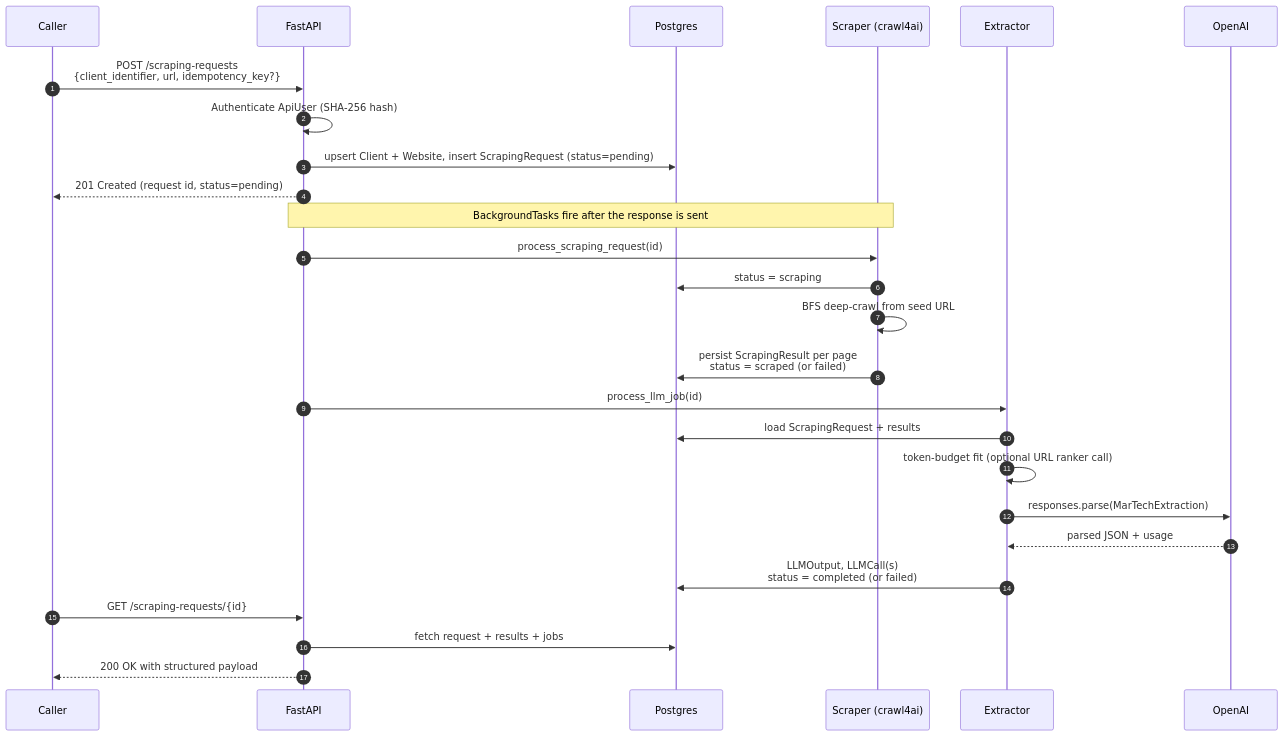
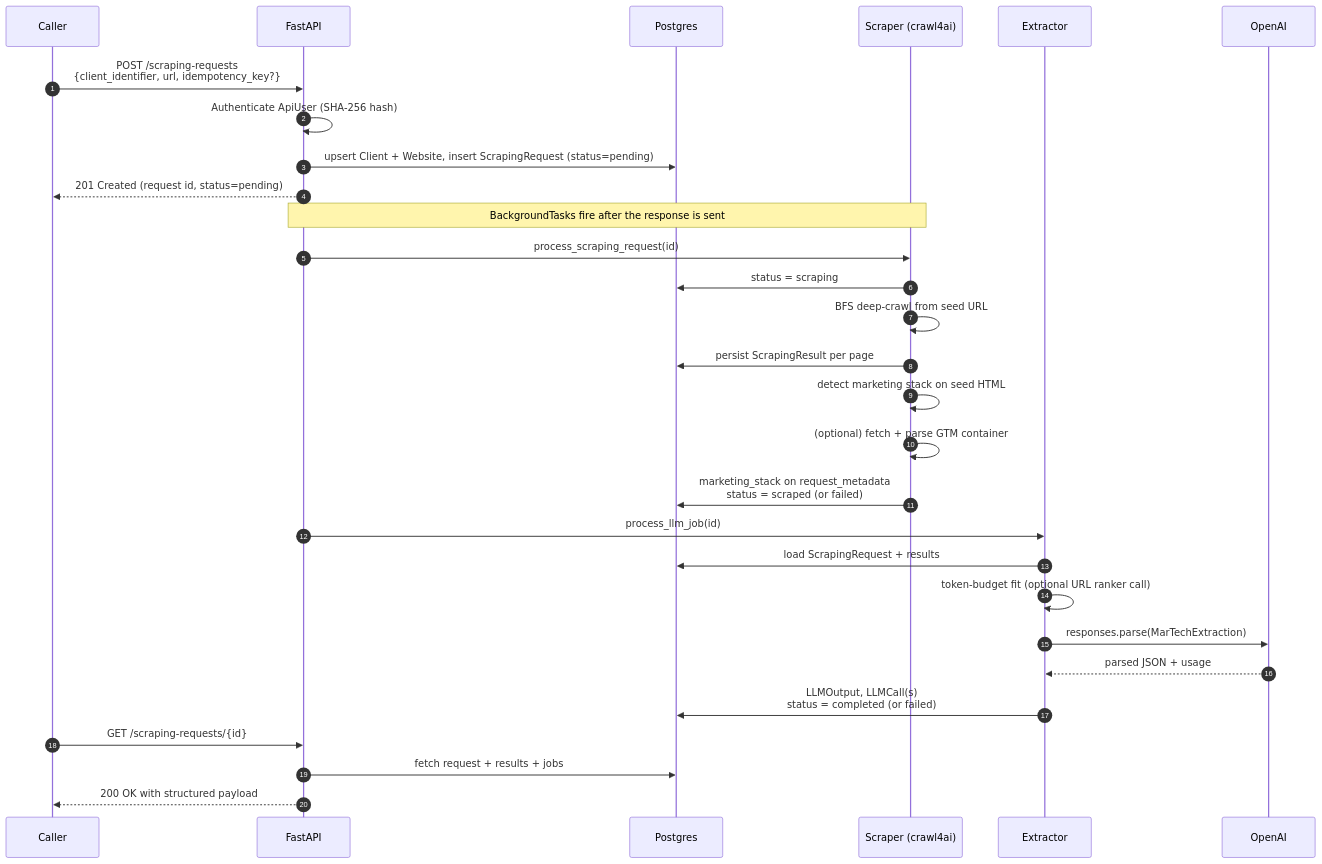
One commit to adlume-service/deckard changed the second of 5 diagrams in README.md. Above: the diagram before and after it, drawn with Mermaid. The commit also changed other lines of this file and 26 other files, not shown here.

Commit message:
Add static marketing-stack detection with GTM container parsing

````diff
--- a/README.md
+++ b/README.md
@@ -71,33 +78,36 @@
 ```mermaid
 sequenceDiagram
     autonumber
     participant C as Caller
     participant API as FastAPI
     participant DB as Postgres
     participant S as Scraper (crawl4ai)
     participant E as Extractor
     participant O as OpenAI
 
     C->>API: POST /scraping-requests<br/>{client_identifier, url, idempotency_key?}
     API->>API: Authenticate ApiUser (SHA-256 hash)
     API->>DB: upsert Client + Website, insert ScrapingRequest (status=pending)
     API-->>C: 201 Created (request id, status=pending)
 
     Note over API,S: BackgroundTasks fire after the response is sent
 
     API->>S: process_scraping_request(id)
     S->>DB: status = scraping
     S->>S: BFS deep-crawl from seed URL
-    S->>DB: persist ScrapingResult per page<br/>status = scraped (or failed)
+    S->>DB: persist ScrapingResult per page
+    S->>S: detect marketing stack on seed HTML
+    S->>S: (optional) fetch + parse GTM container
+    S->>DB: marketing_stack on request_metadata<br/>status = scraped (or failed)
 
     API->>E: process_llm_job(id)
     E->>DB: load ScrapingRequest + results
     E->>E: token-budget fit (optional URL ranker call)
     E->>O: responses.parse(MarTechExtraction)
     O-->>E: parsed JSON + usage
     E->>DB: LLMOutput, LLMCall(s)<br/>status = completed (or failed)
 
     C->>API: GET /scraping-requests/{id}
     API->>DB: fetch request + results + jobs
     API-->>C: 200 OK with structured payload
 ```
````
